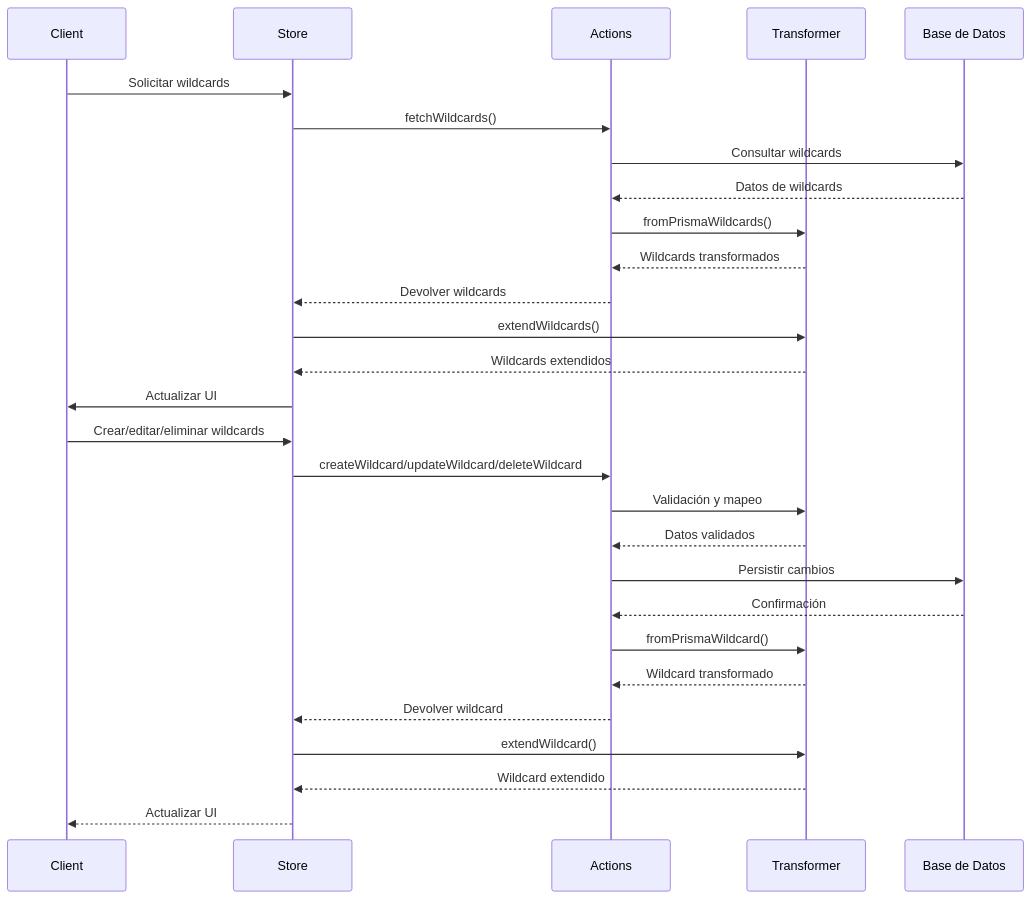
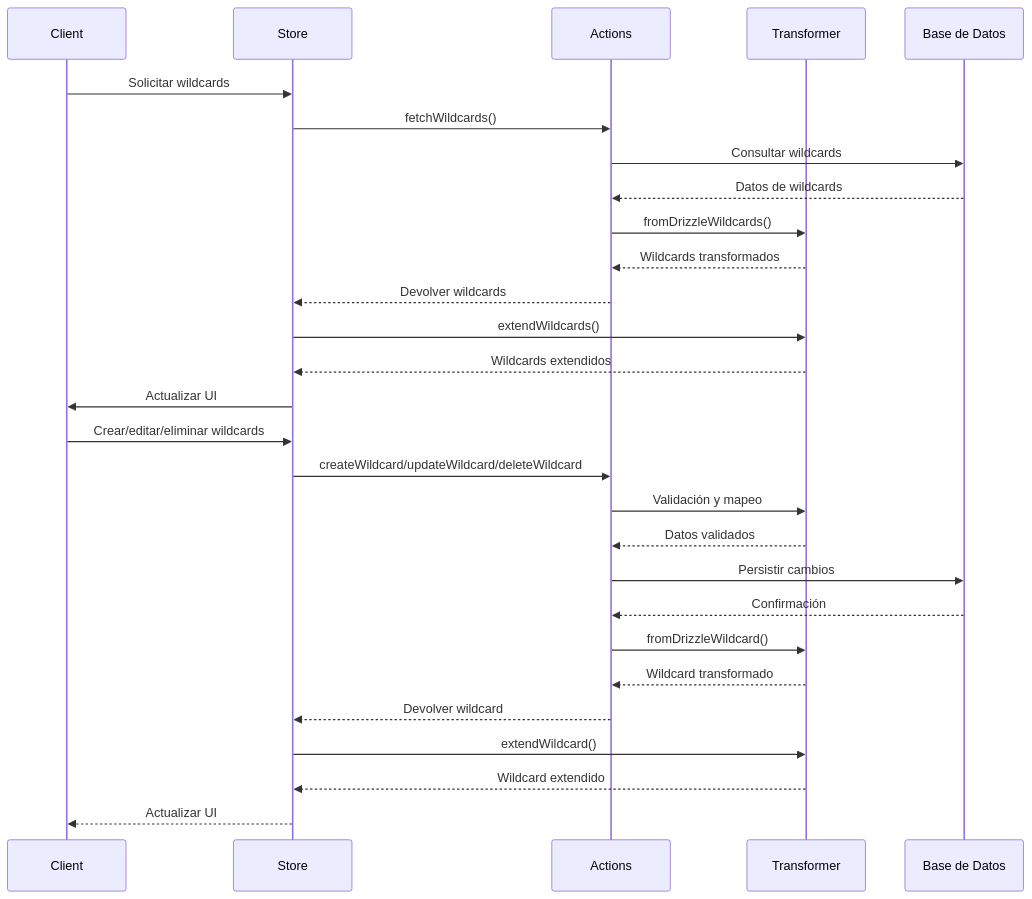
One commit to gvastethecreator/media-manager changed the second of 2 diagrams in src/transformers/wildcard/documentation.md. Above: the diagram before and after it, drawn with Mermaid. The commit also changed other lines of this file and 126 other files, not shown here.

````diff
--- a/src/transformers/wildcard/documentation.md
+++ b/src/transformers/wildcard/documentation.md
@@ -52,32 +52,32 @@
 ```mermaid
 sequenceDiagram
     participant Client
     participant Store
     participant Actions
     participant Transformer
     participant DB as Base de Datos
 
     Client->>Store: Solicitar wildcards
     Store->>Actions: fetchWildcards()
     Actions->>DB: Consultar wildcards
     DB-->>Actions: Datos de wildcards
-    Actions->>Transformer: fromPrismaWildcards()
+    Actions->>Transformer: fromDrizzleWildcards()
     Transformer-->>Actions: Wildcards transformados
     Actions-->>Store: Devolver wildcards
     Store->>Transformer: extendWildcards()
     Transformer-->>Store: Wildcards extendidos
     Store->>Client: Actualizar UI
 
     Client->>Store: Crear/editar/eliminar wildcards
     Store->>Actions: createWildcard/updateWildcard/deleteWildcard
     Actions->>Transformer: Validación y mapeo
     Transformer-->>Actions: Datos validados
     Actions->>DB: Persistir cambios
     DB-->>Actions: Confirmación
-    Actions->>Transformer: fromPrismaWildcard()
+    Actions->>Transformer: fromDrizzleWildcard()
     Transformer-->>Actions: Wildcard transformado
     Actions-->>Store: Devolver wildcard
     Store->>Transformer: extendWildcard()
     Transformer-->>Store: Wildcard extendido
     Store-->>Client: Actualizar UI
 ```
````
